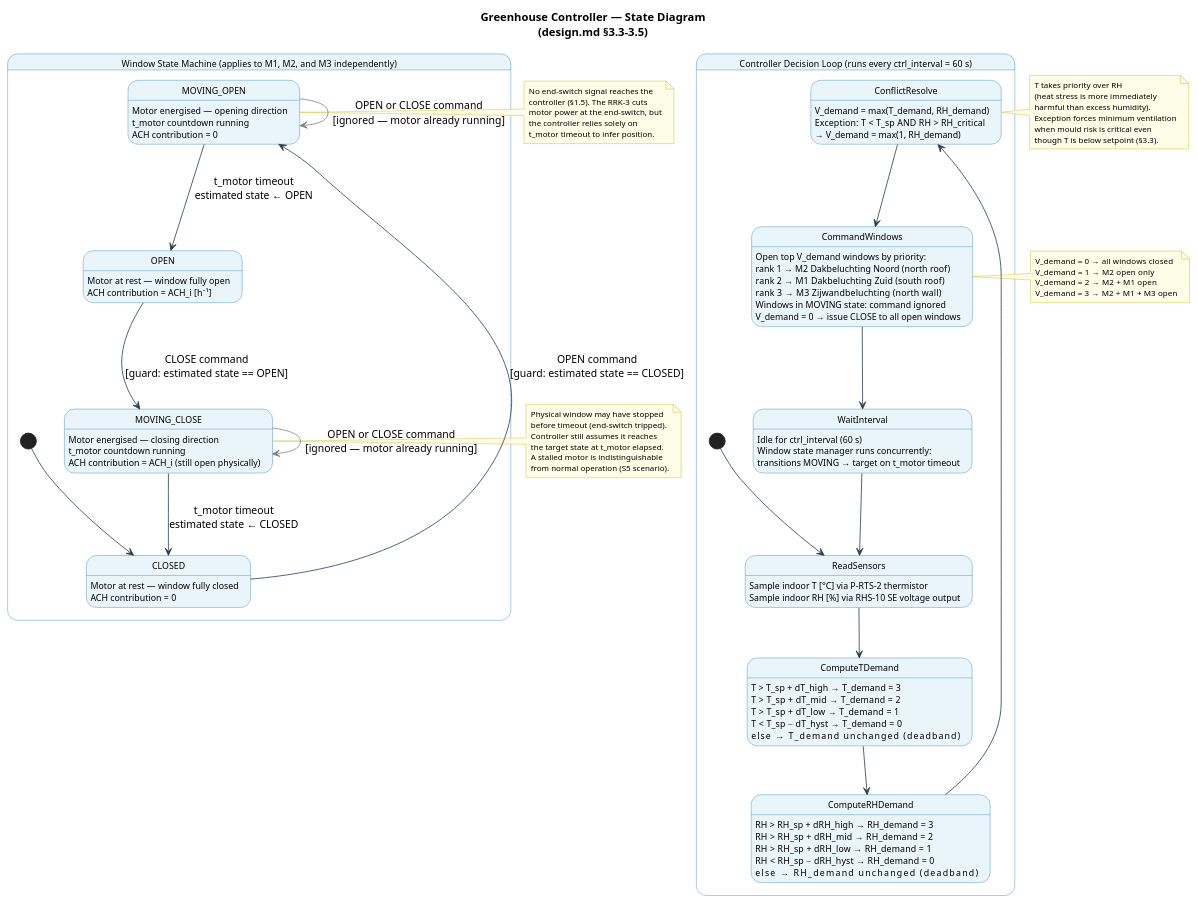
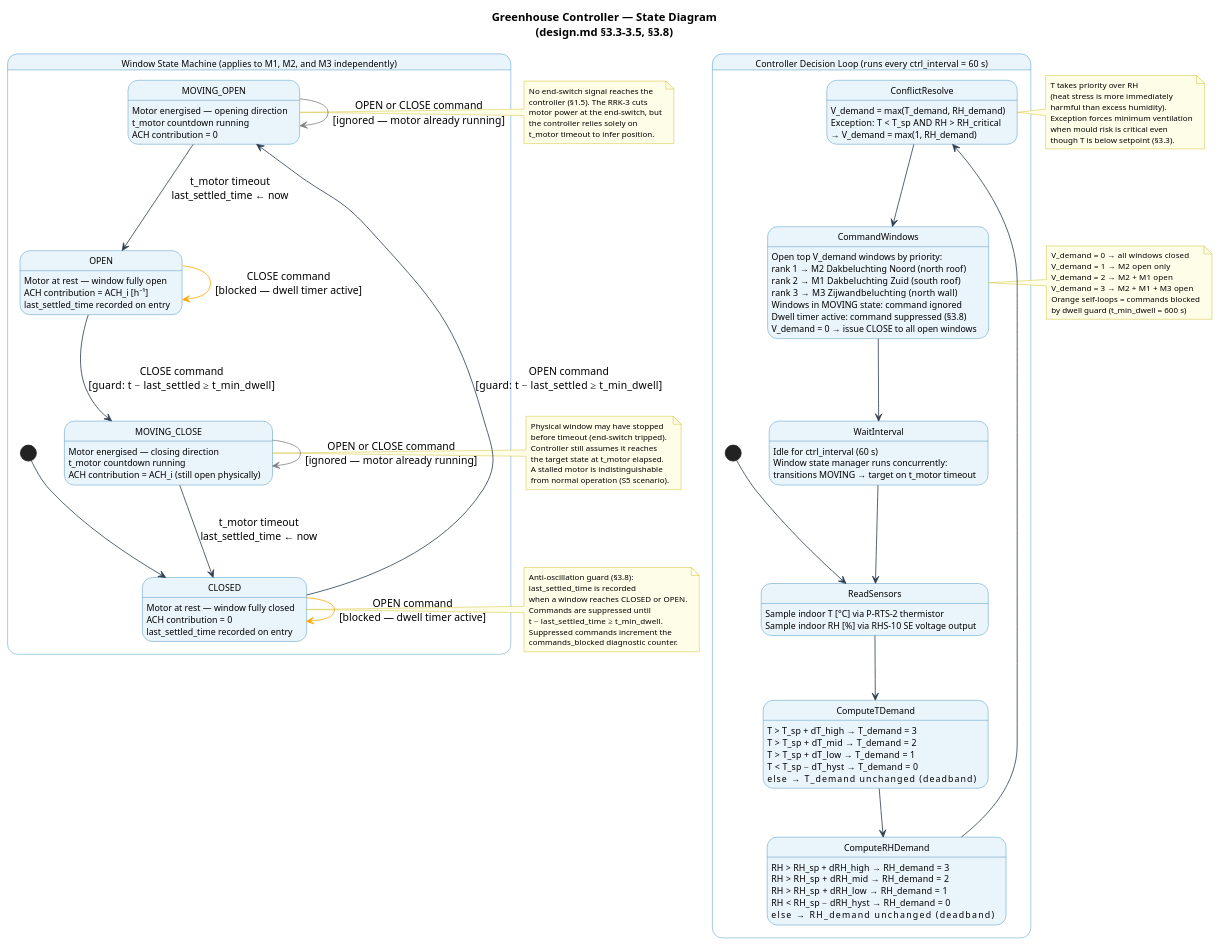
Before and after one commit to pe1mew/greenhouse-Controller: the diagram in stateDiagram.puml, drawn with PlantUML. The commit also changed 2 other files, not shown here.

Commit message:
Add anti-oscillation guard (t_min_dwell) to simulation and design
Implements minimum dwell timer per window to eliminate rapid open-close
cycling observed when sensor readings hover near a control threshold.

Changes:
- Simulation/greenhouse_simulation.py: added t_min_dwell (600 s default)
  to ControlParameters; added last_settled_time to Window; added
  commands_blocked counter to SimulationState; updated command_window()
  with dwell guard; _print_metrics() now reports blocked command count
- design.md: added t_min_dwell row to §3.6 table; added t_min_dwell to
  §3.7 farmer-accessible parameters; added new §3.8 Anti-Oscillation
  Guard section with parameter guidance; updated §4.2 metrics table;
  revision history entry added
- stateDiagram.puml: updated transition guards to show dwell condition;
  added last_settled_time annotation on OPEN/CLOSED states; added orange
  self-loops for blocked commands; added anti-oscillation note

```diff
--- a/stateDiagram.puml
+++ b/stateDiagram.puml
@@ -1,153 +1,170 @@
 @startuml Greenhouse Controller — State Diagram
 
 skinparam state {
     BackgroundColor     #EAF4FB
     BorderColor         #2980B9
     ArrowColor          #2C3E50
     FontName            Arial
     FontSize            11
 }
 skinparam note {
     BackgroundColor     #FEFDE8
     BorderColor         #C8B400
     FontName            Arial
     FontSize            10
 }
 skinparam title {
     FontSize            14
     FontStyle           bold
 }
 
-title Greenhouse Controller — State Diagram\n(design.md §3.3–3.5)
+title Greenhouse Controller — State Diagram\n(design.md §3.3–3.5, §3.8)
 
 ' ============================================================
 ' WINDOW STATE MACHINE  (identical for M1, M2, M3)
 ' ============================================================
 
 state "Window State Machine  (applies to M1, M2, and M3 independently)" as Window {
 
     [*] --> CLOSED
 
     state CLOSED {
         CLOSED : Motor at rest — window fully closed
         CLOSED : ACH contribution = 0
+        CLOSED : last_settled_time recorded on entry
     }
 
     state MOVING_OPEN {
         MOVING_OPEN : Motor energised — opening direction
         MOVING_OPEN : t_motor countdown running
         MOVING_OPEN : ACH contribution = 0
     }
 
     state OPEN {
         OPEN : Motor at rest — window fully open
         OPEN : ACH contribution = ACH_i [h⁻¹]
+        OPEN : last_settled_time recorded on entry
     }
 
     state MOVING_CLOSE {
         MOVING_CLOSE : Motor energised — closing direction
         MOVING_CLOSE : t_motor countdown running
         MOVING_CLOSE : ACH contribution = ACH_i (still open physically)
     }
 
-    CLOSED       --> MOVING_OPEN  : OPEN command\n[guard: estimated state == CLOSED]
-    MOVING_OPEN  --> OPEN         : t_motor timeout\nestimated state ← OPEN
-    OPEN         --> MOVING_CLOSE : CLOSE command\n[guard: estimated state == OPEN]
-    MOVING_CLOSE --> CLOSED       : t_motor timeout\nestimated state ← CLOSED
+    CLOSED       --> MOVING_OPEN  : OPEN command\n[guard: t − last_settled ≥ t_min_dwell]
+    MOVING_OPEN  --> OPEN         : t_motor timeout\nlast_settled_time ← now
+    OPEN         --> MOVING_CLOSE : CLOSE command\n[guard: t − last_settled ≥ t_min_dwell]
+    MOVING_CLOSE --> CLOSED       : t_motor timeout\nlast_settled_time ← now
 
     MOVING_OPEN  -[#grey]-> MOVING_OPEN  : OPEN or CLOSE command\n[ignored — motor already running]
     MOVING_CLOSE -[#grey]-> MOVING_CLOSE : OPEN or CLOSE command\n[ignored — motor already running]
+    CLOSED       -[#orange]-> CLOSED     : OPEN command\n[blocked — dwell timer active]
+    OPEN         -[#orange]-> OPEN       : CLOSE command\n[blocked — dwell timer active]
 }
 
 note right of MOVING_OPEN
     No end-switch signal reaches the
     controller (§1.5). The RRK-3 cuts
     motor power at the end-switch, but
     the controller relies solely on
     t_motor timeout to infer position.
+end note
+
+note left of CLOSED
+    Anti-oscillation guard (§3.8):
+    last_settled_time is recorded
+    when a window reaches CLOSED or OPEN.
+    Commands are suppressed until
+    t − last_settled_time ≥ t_min_dwell.
+    Suppressed commands increment the
+    commands_blocked diagnostic counter.
 end note
 
 note right of MOVING_CLOSE
     Physical window may have stopped
     before timeout (end-switch tripped).
     Controller still assumes it reaches
     the target state at t_motor elapsed.
     A stalled motor is indistinguishable
     from normal operation (S5 scenario).
 end note
 
 ' ============================================================
 ' CONTROLLER DECISION LOOP
 ' ============================================================
 
 state "Controller Decision Loop  (runs every ctrl_interval = 60 s)" as Controller {
 
     [*] --> ReadSensors
 
     state ReadSensors {
         ReadSensors : Sample indoor T [°C] via P-RTS-2 thermistor
         ReadSensors : Sample indoor RH [%] via RHS-10 SE voltage output
     }
 
     state ComputeTDemand {
         ComputeTDemand : T > T_sp + dT_high  →  T_demand = 3
         ComputeTDemand : T > T_sp + dT_mid   →  T_demand = 2
         ComputeTDemand : T > T_sp + dT_low   →  T_demand = 1
         ComputeTDemand : T < T_sp − dT_hyst  →  T_demand = 0
         ComputeTDemand : else                 →  T_demand unchanged (deadband)
     }
 
     state ComputeRHDemand {
         ComputeRHDemand : RH > RH_sp + dRH_high  →  RH_demand = 3
         ComputeRHDemand : RH > RH_sp + dRH_mid   →  RH_demand = 2
         ComputeRHDemand : RH > RH_sp + dRH_low   →  RH_demand = 1
         ComputeRHDemand : RH < RH_sp − dRH_hyst  →  RH_demand = 0
         ComputeRHDemand : else                    →  RH_demand unchanged (deadband)
     }
 
     state ConflictResolve {
         ConflictResolve : V_demand = max(T_demand, RH_demand)
         ConflictResolve : Exception: T < T_sp  AND  RH > RH_critical
         ConflictResolve :   → V_demand = max(1, RH_demand)
     }
 
     state CommandWindows {
         CommandWindows : Open top V_demand windows by priority:
         CommandWindows :   rank 1 → M2  Dakbeluchting Noord (north roof)
         CommandWindows :   rank 2 → M1  Dakbeluchting Zuid  (south roof)
         CommandWindows :   rank 3 → M3  Zijwandbeluchting   (north wall)
         CommandWindows : Windows in MOVING state: command ignored
+        CommandWindows : Dwell timer active: command suppressed (§3.8)
         CommandWindows : V_demand = 0 → issue CLOSE to all open windows
     }
 
     state WaitInterval {
         WaitInterval : Idle for ctrl_interval (60 s)
         WaitInterval : Window state manager runs concurrently:
         WaitInterval :   transitions MOVING → target on t_motor timeout
     }
 
     ReadSensors     --> ComputeTDemand
     ComputeTDemand  --> ComputeRHDemand
     ComputeRHDemand --> ConflictResolve
     ConflictResolve --> CommandWindows
     CommandWindows  --> WaitInterval
     WaitInterval    --> ReadSensors
 }
 
 note right of ConflictResolve
     T takes priority over RH
     (heat stress is more immediately
     harmful than excess humidity).
     Exception forces minimum ventilation
     when mould risk is critical even
     though T is below setpoint (§3.3).
 end note
 
 note right of CommandWindows
     V_demand = 0  →  all windows closed
     V_demand = 1  →  M2 open only
     V_demand = 2  →  M2 + M1 open
     V_demand = 3  →  M2 + M1 + M3 open
+    Orange self-loops = commands blocked
+    by dwell guard (t_min_dwell = 600 s)
 end note
 
 @enduml
```
